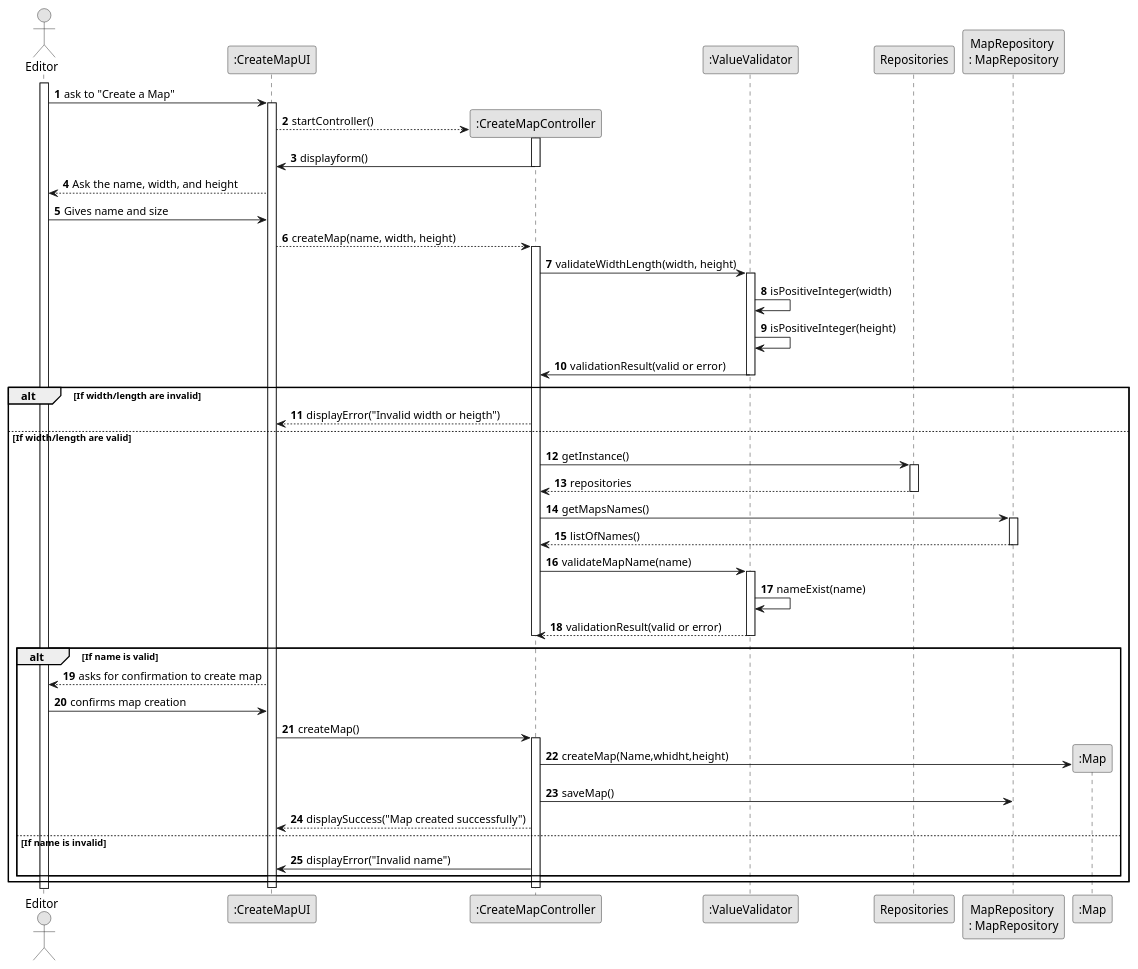
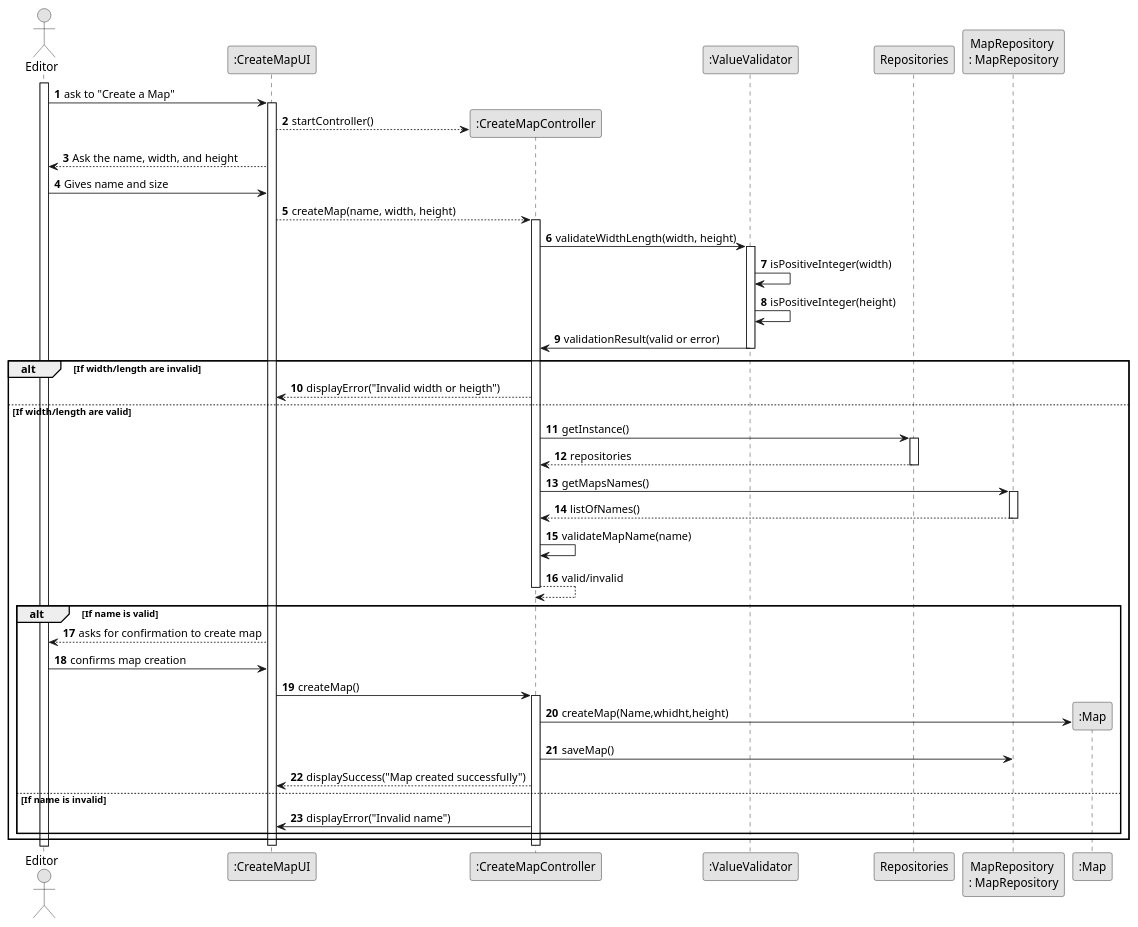
Before and after one commit to 1240826/empire-on-tracks: the diagram in docs/system-documentation/US001/03.design/puml/US001-SD-full.puml, drawn with PlantUML. The commit also changed 2 other files, not shown here.

```diff
--- a/docs/system-documentation/US001/03.design/puml/US001-SD-full.puml
+++ b/docs/system-documentation/US001/03.design/puml/US001-SD-full.puml
@@ -1,106 +1,100 @@
 @startuml
 skinparam monochrome true
 skinparam packageStyle rectangle
 skinparam shadowing false
 
 autonumber
 
 actor "Editor" as Employee
 participant ":CreateMapUI" as UI
 participant ":CreateMapController" as Controller
 participant ":ValueValidator" as Validator
 participant "Repositories" as Rep
 participant "MapRepository \n: MapRepository" as Repository
 
 participant ":Map" as Map
 
 activate Employee
 
     Employee -> UI : ask to "Create a Map"
     activate UI
 
             UI --> Controller** : startController()
 
-            activate Controller
 
-            Controller->UI : displayform()
-            deactivate Controller
 
         UI --> Employee : Ask the name, width, and height
 
 
 
 
 
 
 
     Employee -> UI : Gives name and size
 
 
         UI --> Controller  : createMap(name, width, height)
         activate Controller
 
             Controller -> Validator : validateWidthLength(width, height)
             activate Validator
 
             Validator -> Validator : isPositiveInteger(width)
             Validator -> Validator : isPositiveInteger(height)
             Validator -> Controller : validationResult(valid or error)
             deactivate Validator
 
             alt If width/length are invalid
                 Controller --> UI : displayError("Invalid width or heigth")
 
 
             else If width/length are valid
 
             Controller->Rep: getInstance()
             activate Rep
             Rep-->Controller:repositories
             deactivate Rep
 
             Controller->Repository:getMapsNames()
             activate Repository
             Repository-->Controller:listOfNames()
             deactivate Repository
 
 
 
-                Controller -> Validator : validateMapName(name)
-                activate Validator
+                Controller -> Controller : validateMapName(name)
+                Controller-->Controller:valid/invalid
 
-                Validator -> Validator : nameExist(name)
-                Validator -->Controller: validationResult(valid or error)
-                deactivate Validator
                 deactivate Controller
 
                 alt If name is valid
                     UI --> Employee : asks for confirmation to create map
 
 
                     Employee -> UI : confirms map creation
 
 
                     UI -> Controller: createMap()
                     activate Controller
 
                     Controller->Map**:createMap(Name,whidht,height)
 
 
 
 
 
                             Controller -> Repository : saveMap()
                         deactivate Repository
 
 
                     Controller --> UI : displaySuccess("Map created successfully")
                 else If name is invalid
                     Controller -> UI : displayError("Invalid name")
                 end
             end
 
         deactivate Controller
     deactivate UI
 
 @enduml
```
